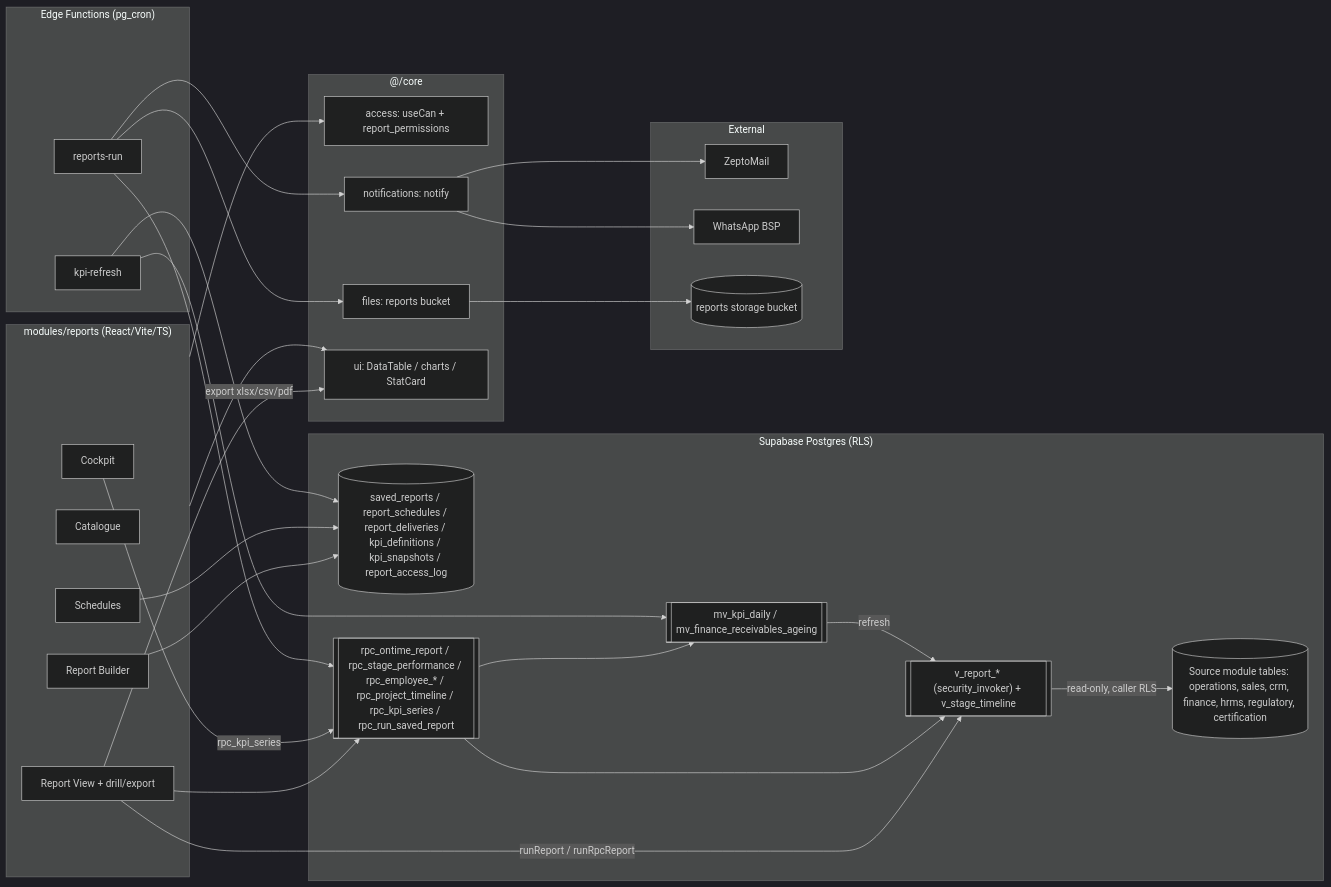
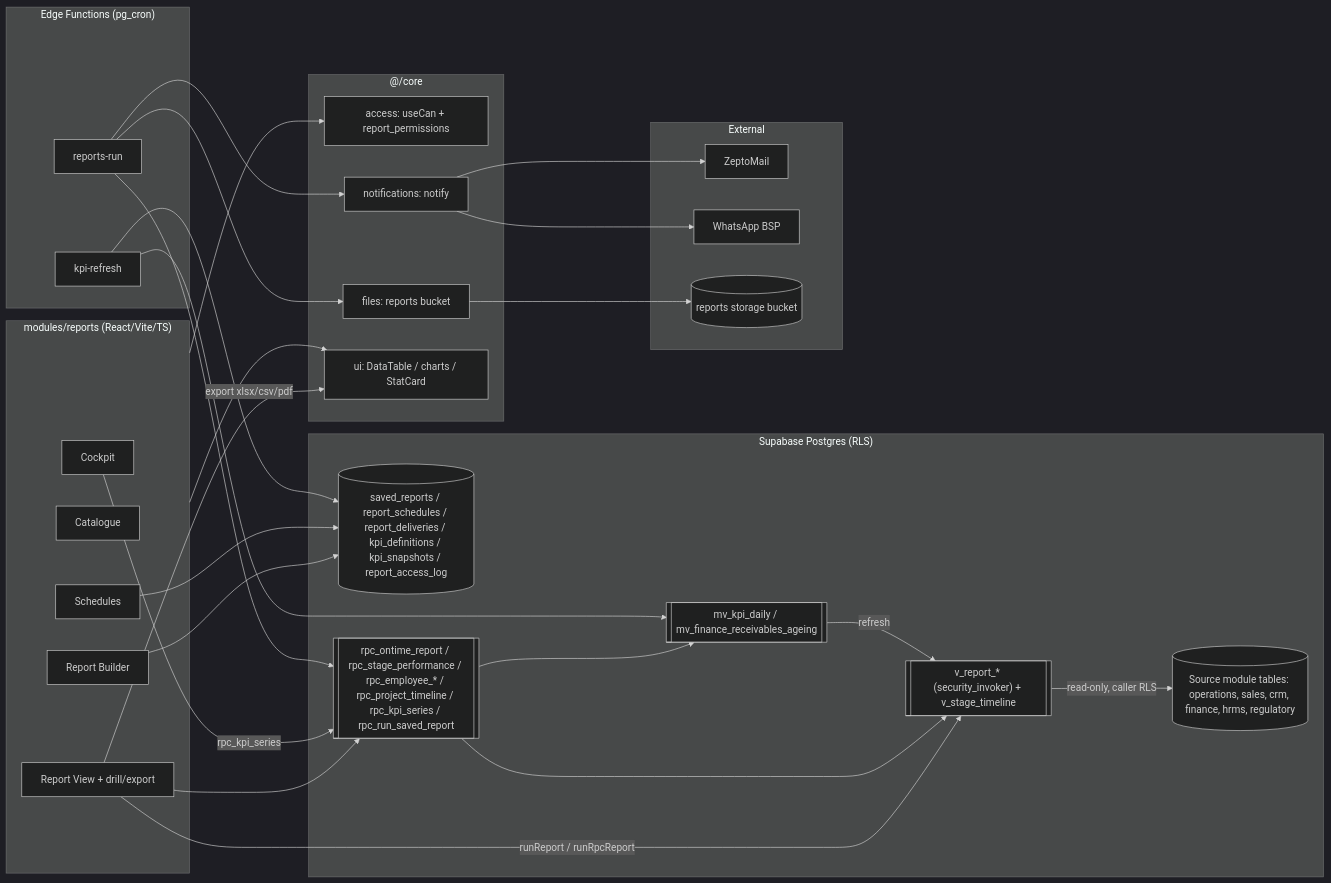
One commit to taruntps/tps-oms changed the fourth of 4 diagrams in docs/architecture/modules/reports-analytics.md. Above: the diagram before and after it, drawn with Mermaid (dark theme). The commit also changed other lines of this file and 21 other files, not shown here.

````diff
--- a/docs/architecture/modules/reports-analytics.md
+++ b/docs/architecture/modules/reports-analytics.md
@@ -400,57 +396,57 @@
 ```mermaid
 flowchart LR
   subgraph Frontend["modules/reports (React/Vite/TS)"]
     Cockpit[Cockpit]
     Catalogue[Catalogue]
     Builder[Report Builder]
     Viewer[Report View + drill/export]
     Sched[Schedules]
   end
 
   subgraph Core["@/core"]
     Access[access: useCan + report_permissions]
     Notif[notifications: notify]
     Files[files: reports bucket]
     UI[ui: DataTable / charts / StatCard]
   end
 
   subgraph DB["Supabase Postgres (RLS)"]
     Meta[(saved_reports / report_schedules / report_deliveries / kpi_definitions / kpi_snapshots / report_access_log)]
     Views[["v_report_* (security_invoker) + v_stage_timeline"]]
     Matviews[["mv_kpi_daily / mv_finance_receivables_ageing"]]
     RPCs[["rpc_ontime_report / rpc_stage_performance / rpc_employee_* / rpc_project_timeline / rpc_kpi_series / rpc_run_saved_report"]]
-    Src[(Source module tables: operations, sales, crm, finance, hrms, regulatory, certification)]
+    Src[(Source module tables: operations, sales, crm, finance, hrms, regulatory)]
   end
 
   subgraph Edge["Edge Functions (pg_cron)"]
     KpiRefresh[kpi-refresh]
     ReportsRun[reports-run]
   end
 
   subgraph Ext["External"]
     Zepto[ZeptoMail]
     WA[WhatsApp BSP]
     Store[(reports storage bucket)]
   end
 
   Frontend --> Access
   Frontend --> UI
   Viewer -->|runReport / runRpcReport| Views
   Viewer --> RPCs
   Cockpit -->|rpc_kpi_series| RPCs
   Builder --> Meta
   Sched --> Meta
   Views -->|read-only, caller RLS| Src
   RPCs --> Views
   RPCs --> Matviews
   Matviews -->|refresh| Views
   KpiRefresh --> Matviews
   KpiRefresh --> Meta
   ReportsRun --> RPCs
   ReportsRun --> Files
   Files --> Store
   ReportsRun --> Notif
   Notif --> Zepto
   Notif --> WA
   Viewer -->|export xlsx/csv/pdf| UI
 ```
````
